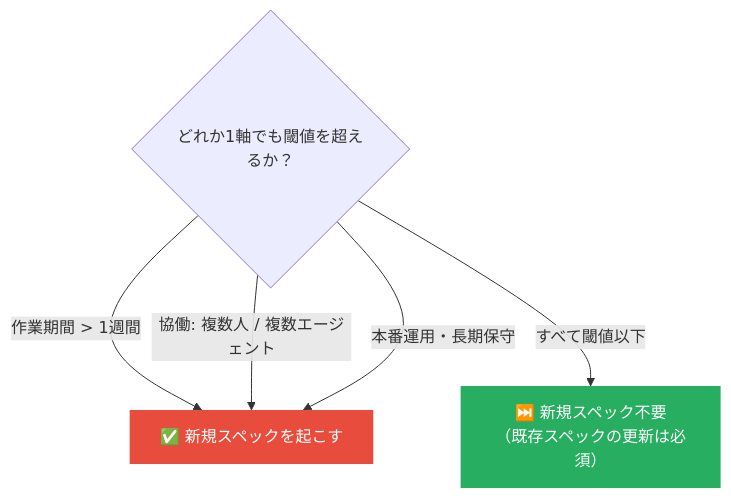
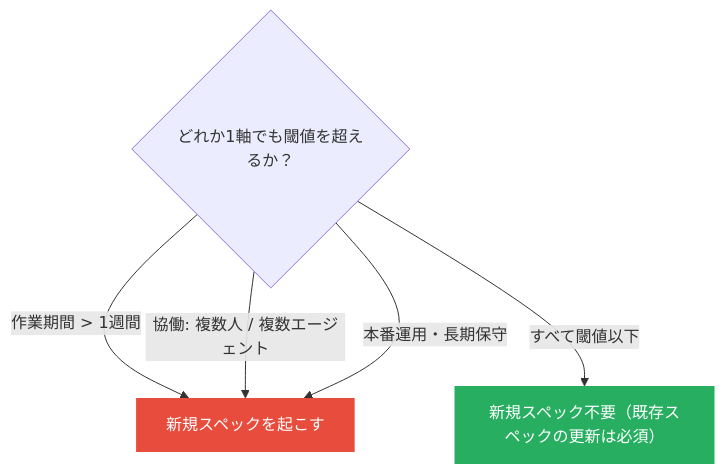
Before and after one commit to PrimeBrains/sdd-workshop: the second of 5 diagrams in atelier/slides/why-sdd.md, drawn with Mermaid. The commit also changed other lines of this file and 1 other file, not shown here.

First line of the commit message:
fix(slides): Mermaidレンダリングエラーを修正

````diff
--- a/atelier/slides/why-sdd.md
+++ b/atelier/slides/why-sdd.md
@@ -111,10 +111,10 @@
 ```mermaid
 flowchart TB
     Q{"どれか1軸でも閾値を超えるか？"}
-    Q -->|"作業期間 &gt; 1週間"| Y["✅ 新規スペックを起こす"]
+    Q -->|"作業期間 > 1週間"| Y["新規スペックを起こす"]
     Q -->|"協働: 複数人 / 複数エージェント"| Y
     Q -->|"本番運用・長期保守"| Y
-    Q -->|"すべて閾値以下"| N["⏭️ 新規スペック不要\n（既存スペックの更新は必須）"]
+    Q -->|"すべて閾値以下"| N["新規スペック不要（既存スペックの更新は必須）"]
     style Y fill:#e74c3c,color:#fff,stroke:none
     style N fill:#27ae60,color:#fff,stroke:none
 ```
````
